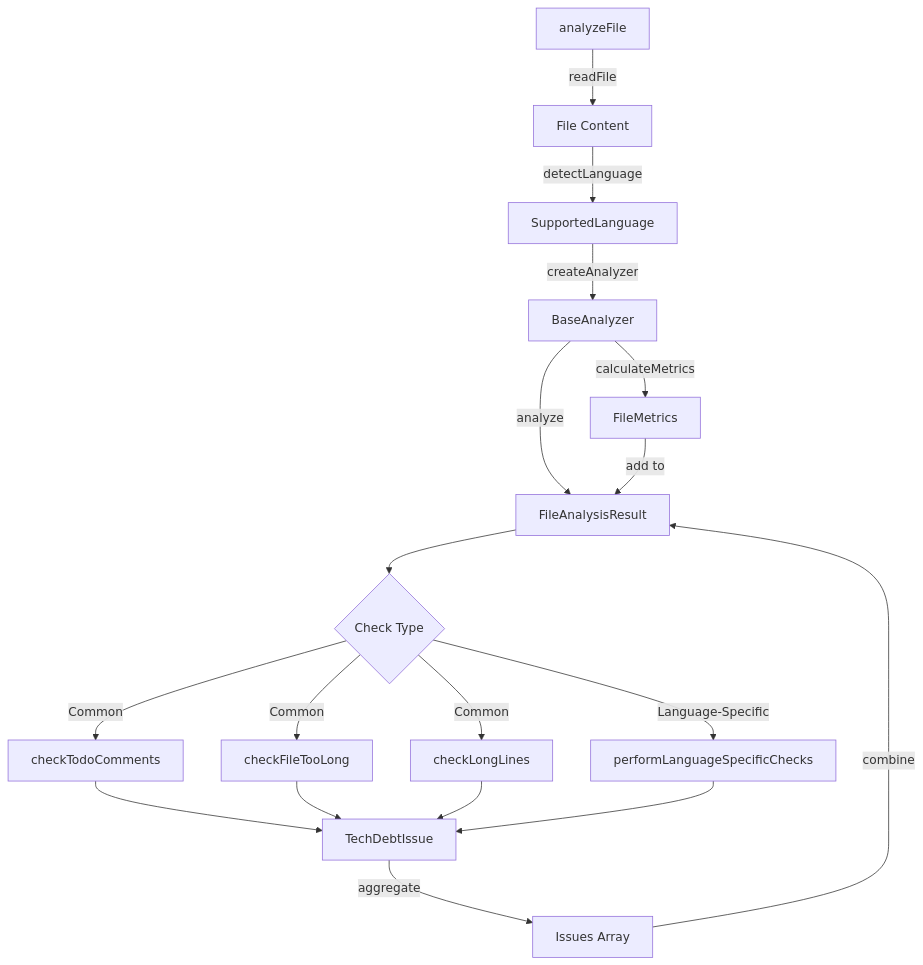
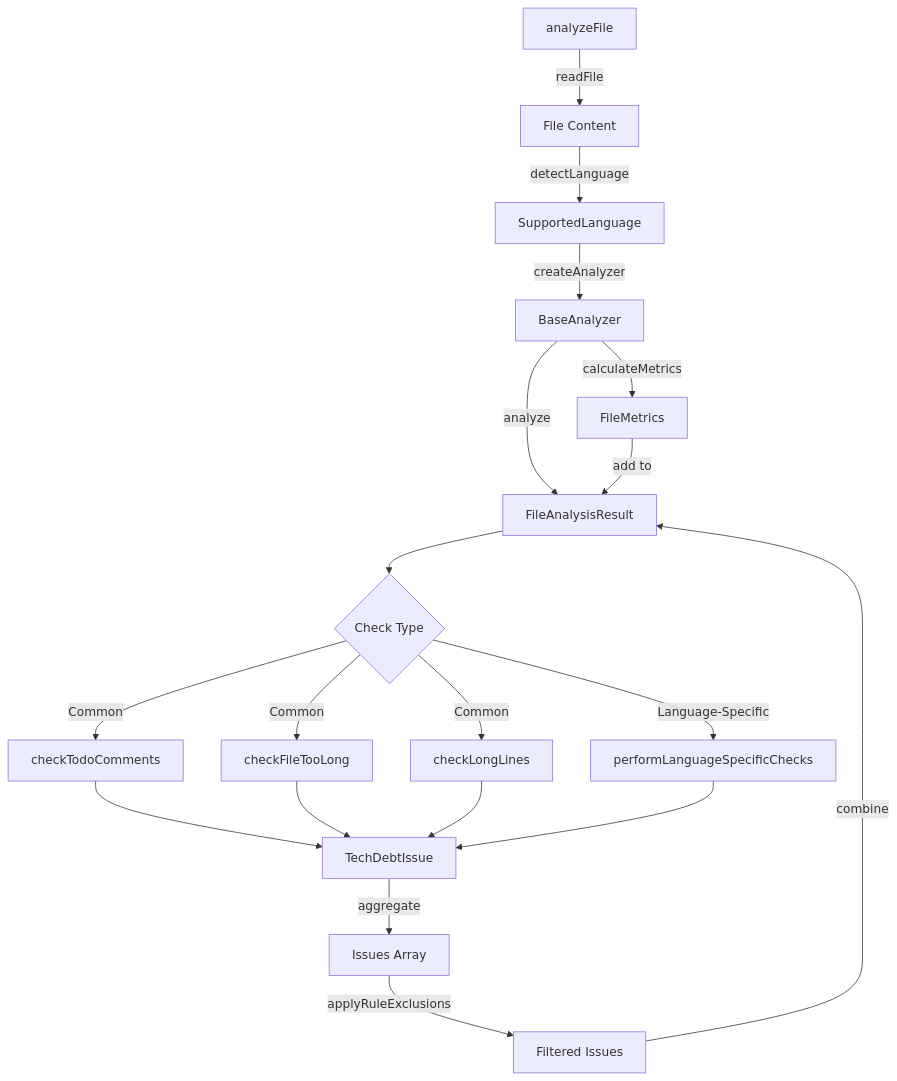
Before and after one commit to PierreJanineh/TechDebtMCP: the second of 3 diagrams in ARCHITECTURE.md, drawn with Mermaid. The commit also changed other lines of this file and 7 other files, not shown here.

````diff
--- a/ARCHITECTURE.md
+++ b/ARCHITECTURE.md
@@ -158,20 +159,21 @@
 ```mermaid
 graph TD
     A[analyzeFile] -->|readFile| B[File Content]
     B -->|detectLanguage| C[SupportedLanguage]
     C -->|createAnalyzer| D[BaseAnalyzer]
     D -->|analyze| E[FileAnalysisResult]
     E --> F{Check Type}
     F -->|Common| G[checkTodoComments]
     F -->|Common| H[checkFileTooLong]
     F -->|Common| I[checkLongLines]
     F -->|Language-Specific| J[performLanguageSpecificChecks]
     G --> K[TechDebtIssue]
     H --> K
     I --> K
     J --> K
     K -->|aggregate| L[Issues Array]
+    L -->|applyRuleExclusions| N[Filtered Issues]
     D -->|calculateMetrics| M[FileMetrics]
-    L -->|combine| E
+    N -->|combine| E
     M -->|add to| E
 ```
````
